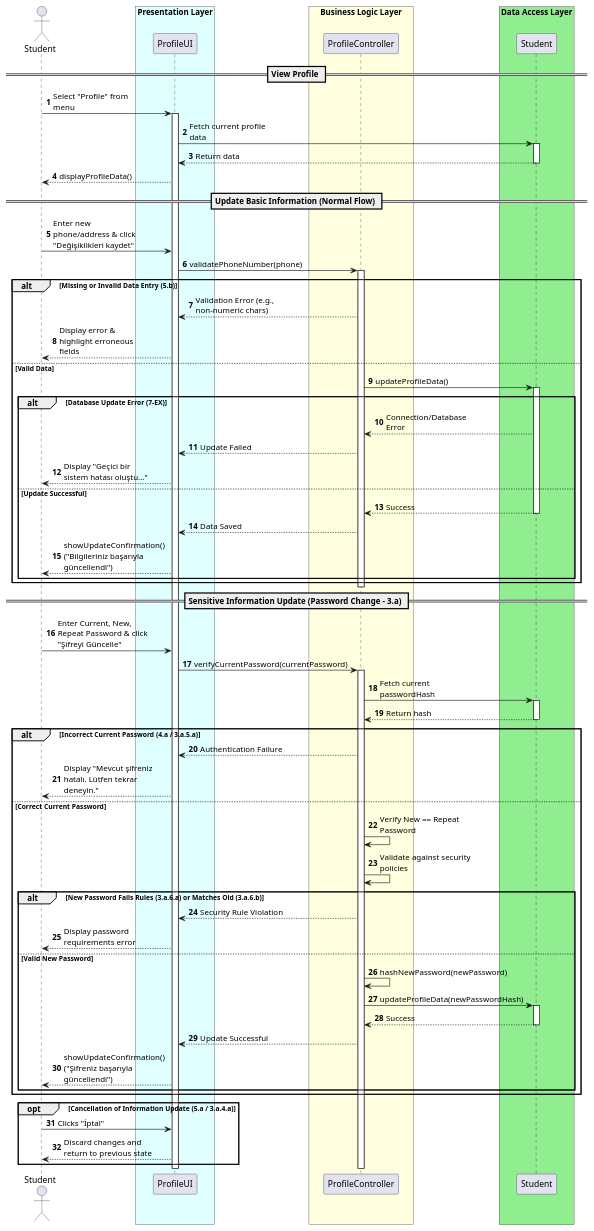
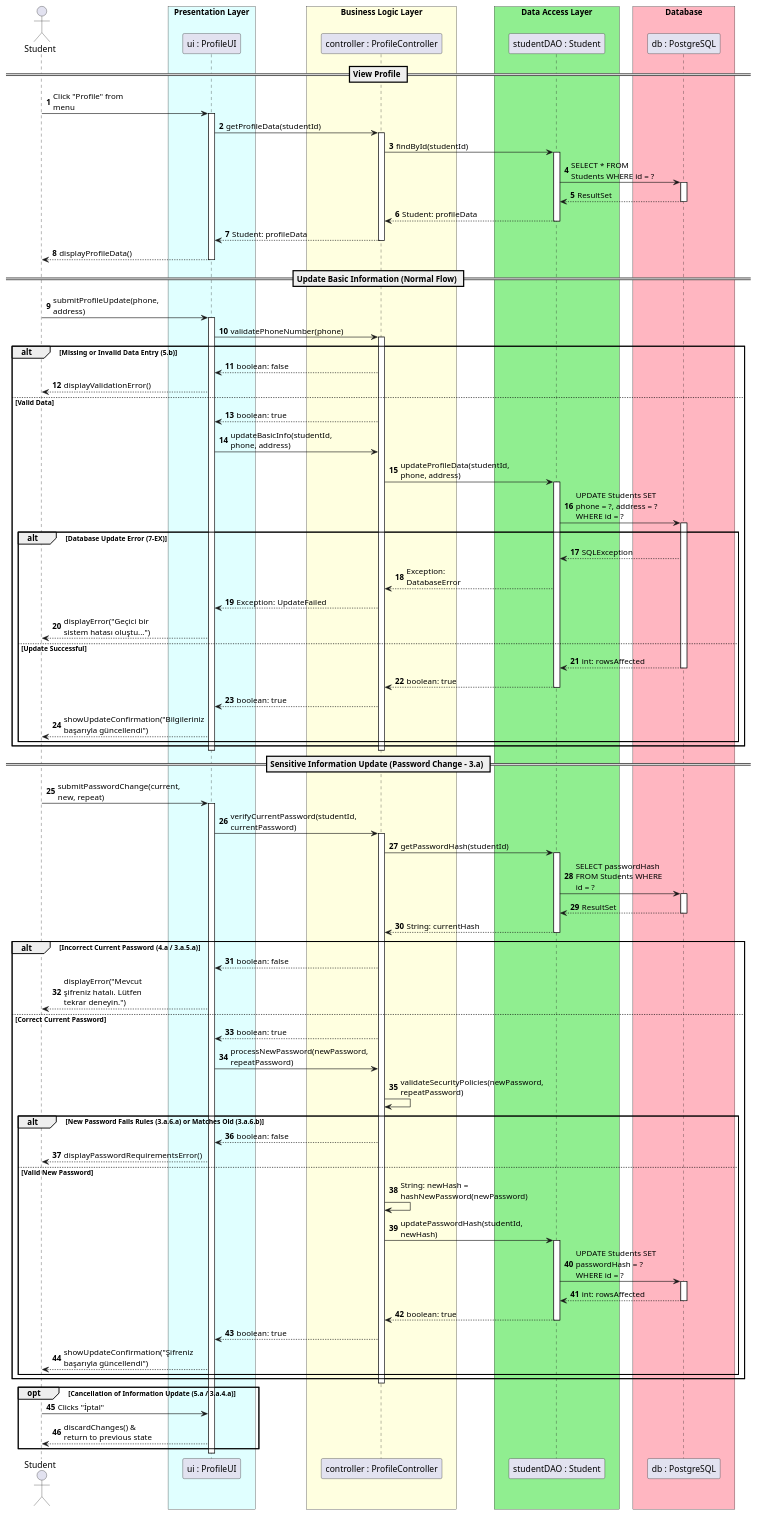
Before and after one commit to UTMS-G02/utms: the diagram in docs/uml/uc-3.puml, drawn with PlantUML.

Commit message:
docs: added database to usecase-3

```diff
--- a/docs/uml/uc-3.puml
+++ b/docs/uml/uc-3.puml
@@ -1,94 +1,142 @@
 @startuml uc-3
 autonumber
 skinparam maxMessageSize 150
 skinparam ParticipantPadding 20
 skinparam BoxPadding 10
 
 actor Student
 box "Presentation Layer" #LightCyan
-participant "ProfileUI" as UI
+participant "ui : ProfileUI" as UI
 end box
 
 box "Business Logic Layer" #LightYellow
-participant "ProfileController" as Controller
+participant "controller : ProfileController" as Controller
 end box
 
 box "Data Access Layer" #LightGreen
-participant "Student" as DB
+participant "studentDAO : Student" as DataAccess
+end box
+
+box "Database" #LightPink
+participant "db : PostgreSQL" as DB
 end box
 
 == View Profile ==
-Student -> UI: Select "Profile" from menu
+Student -> UI: Click "Profile" from menu
 activate UI
-UI -> DB: Fetch current profile data
+
+UI -> Controller: getProfileData(studentId)
+activate Controller
+
+Controller -> DataAccess: findById(studentId)
+activate DataAccess
+
+DataAccess -> DB: SELECT * FROM Students WHERE id = ?
 activate DB
-DB --> UI: Return data
+DB --> DataAccess: ResultSet
 deactivate DB
+
+DataAccess --> Controller: Student: profileData
+deactivate DataAccess
+
+Controller --> UI: Student: profileData
+deactivate Controller
+
 UI --> Student: displayProfileData()
+deactivate UI
 
 == Update Basic Information (Normal Flow) ==
-Student -> UI: Enter new phone/address & click "Değişiklikleri kaydet"
+Student -> UI: submitProfileUpdate(phone, address)
+activate UI
+
 UI -> Controller: validatePhoneNumber(phone)
 activate Controller
 
 alt Missing or Invalid Data Entry (5.b)
-    Controller --> UI: Validation Error (e.g., non-numeric chars)
-    UI --> Student: Display error & highlight erroneous fields
+    Controller --> UI: boolean: false
+    UI --> Student: displayValidationError()
 else Valid Data
-    Controller -> DB: updateProfileData()
+    Controller --> UI: boolean: true
+    
+    UI -> Controller: updateBasicInfo(studentId, phone, address)
+    Controller -> DataAccess: updateProfileData(studentId, phone, address)
+    activate DataAccess
+    
+    DataAccess -> DB: UPDATE Students SET phone = ?, address = ? WHERE id = ?
     activate DB
     
     alt Database Update Error (7-EX)
-        DB --> Controller: Connection/Database Error
-        Controller --> UI: Update Failed
-        UI --> Student: Display "Geçici bir sistem hatası oluştu..."
+        DB --> DataAccess: SQLException
+        DataAccess --> Controller: Exception: DatabaseError
+        Controller --> UI: Exception: UpdateFailed
+        UI --> Student: displayError("Geçici bir sistem hatası oluştu...")
     else Update Successful
-        DB --> Controller: Success
+        DB --> DataAccess: int: rowsAffected
         deactivate DB
-        Controller --> UI: Data Saved
-        UI --> Student: showUpdateConfirmation() ("Bilgileriniz başarıyla güncellendi")
+        DataAccess --> Controller: boolean: true
+        deactivate DataAccess
+        
+        Controller --> UI: boolean: true
+        UI --> Student: showUpdateConfirmation("Bilgileriniz başarıyla güncellendi")
+    end
+end
+deactivate Controller
+deactivate UI
+
+== Sensitive Information Update (Password Change - 3.a) ==
+Student -> UI: submitPasswordChange(current, new, repeat)
+activate UI
+
+UI -> Controller: verifyCurrentPassword(studentId, currentPassword)
+activate Controller
+
+Controller -> DataAccess: getPasswordHash(studentId)
+activate DataAccess
+
+DataAccess -> DB: SELECT passwordHash FROM Students WHERE id = ?
+activate DB
+DB --> DataAccess: ResultSet
+deactivate DB
+
+DataAccess --> Controller: String: currentHash
+deactivate DataAccess
+
+alt Incorrect Current Password (4.a / 3.a.5.a)
+    Controller --> UI: boolean: false
+    UI --> Student: displayError("Mevcut şifreniz hatalı. Lütfen tekrar deneyin.")
+else Correct Current Password
+    Controller --> UI: boolean: true
+    
+    UI -> Controller: processNewPassword(newPassword, repeatPassword)
+    Controller -> Controller: validateSecurityPolicies(newPassword, repeatPassword)
+    
+    alt New Password Fails Rules (3.a.6.a) or Matches Old (3.a.6.b)
+        Controller --> UI: boolean: false
+        UI --> Student: displayPasswordRequirementsError()
+    else Valid New Password
+        Controller -> Controller: String: newHash = hashNewPassword(newPassword)
+        
+        Controller -> DataAccess: updatePasswordHash(studentId, newHash)
+        activate DataAccess
+        
+        DataAccess -> DB: UPDATE Students SET passwordHash = ? WHERE id = ?
+        activate DB
+        DB --> DataAccess: int: rowsAffected
+        deactivate DB
+        
+        DataAccess --> Controller: boolean: true
+        deactivate DataAccess
+        
+        Controller --> UI: boolean: true
+        UI --> Student: showUpdateConfirmation("Şifreniz başarıyla güncellendi")
     end
 end
 deactivate Controller
 
-== Sensitive Information Update (Password Change - 3.a) ==
-Student -> UI: Enter Current, New, Repeat Password & click "Şifreyi Güncelle"
-UI -> Controller: verifyCurrentPassword(currentPassword)
-activate Controller
-
-Controller -> DB: Fetch current passwordHash
-activate DB
-DB --> Controller: Return hash
-deactivate DB
-
-alt Incorrect Current Password (4.a / 3.a.5.a)
-    Controller --> UI: Authentication Failure
-    UI --> Student: Display "Mevcut şifreniz hatalı. Lütfen tekrar deneyin."
-else Correct Current Password
-    Controller -> Controller: Verify New == Repeat Password
-    Controller -> Controller: Validate against security policies
-    
-    alt New Password Fails Rules (3.a.6.a) or Matches Old (3.a.6.b)
-        Controller --> UI: Security Rule Violation
-        UI --> Student: Display password requirements error
-    else Valid New Password
-        Controller -> Controller: hashNewPassword(newPassword)
-        Controller -> DB: updateProfileData(newPasswordHash)
-        activate DB
-        DB --> Controller: Success
-        deactivate DB
-        
-        Controller --> UI: Update Successful
-        UI --> Student: showUpdateConfirmation() ("Şifreniz başarıyla güncellendi")
-    end
-end
-
 opt Cancellation of Information Update (5.a / 3.a.4.a)
     Student -> UI: Clicks "İptal"
-    UI --> Student: Discard changes and return to previous state
+    UI --> Student: discardChanges() & return to previous state
 end
-
-deactivate Controller
 deactivate UI
 
 @enduml
```
